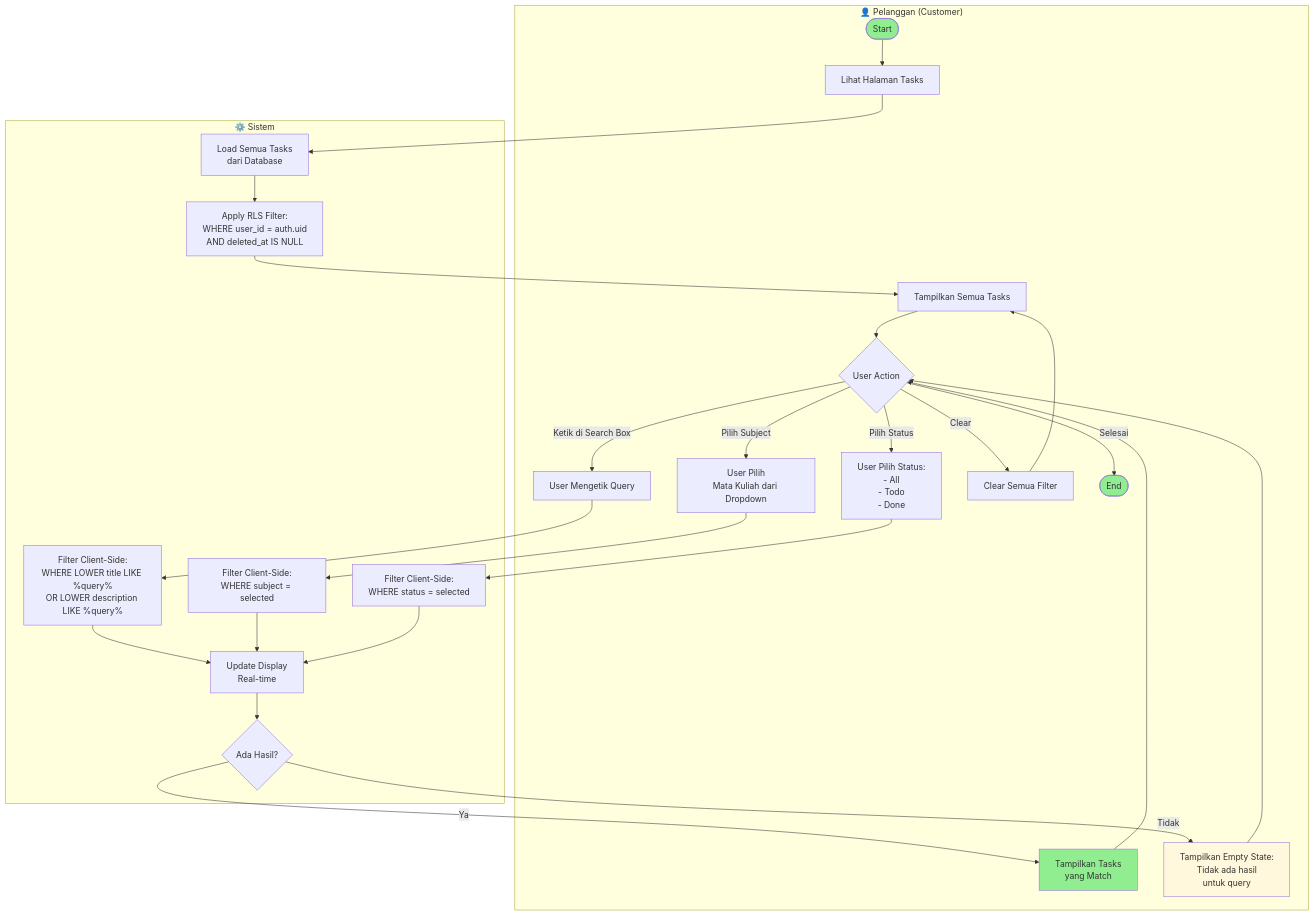
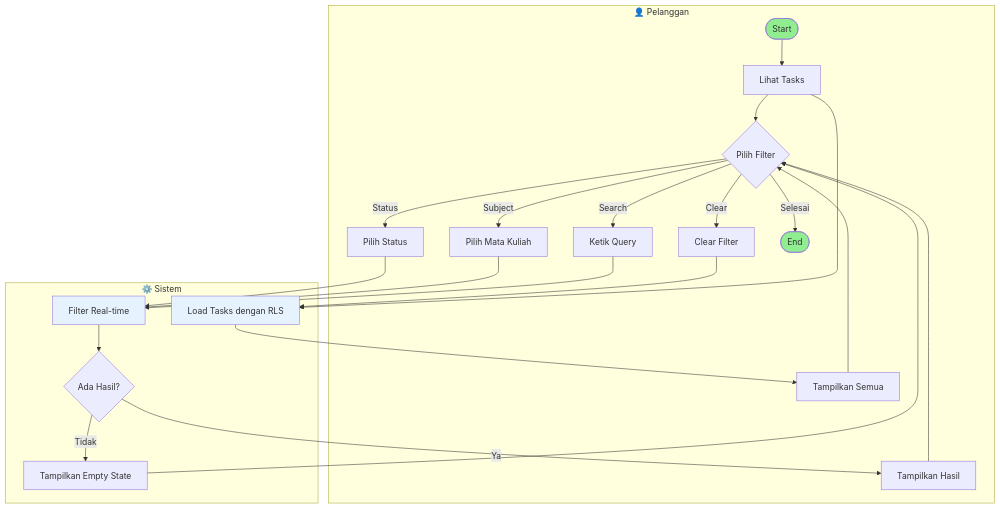
One commit to FarhanEfendi21/FlowDay changed the sixth of 11 diagrams in ACTIVITY_DIAGRAMS.md. Above: the diagram before and after it, drawn with Mermaid. The commit also changed other lines of this file, not shown here.

Commit message:
fix activity diagram

````diff
--- a/ACTIVITY_DIAGRAMS.md
+++ b/ACTIVITY_DIAGRAMS.md
@@ -354,56 +224,35 @@
 ```mermaid
 graph TD
-    subgraph User["👤 Pelanggan (Customer)"]
-        Start([Start]) --> ViewTasks[Lihat Halaman Tasks]
-        DisplayInitial[Tampilkan Semua Tasks] --> UserAction{User Action}
-        
-        %% SEARCH
-        UserAction -->|Ketik di Search Box| InputSearch[User Mengetik Query]
-        
-        %% FILTER SUBJECT
-        UserAction -->|Pilih Subject| SelectSubject[User Pilih<br/>Mata Kuliah dari Dropdown]
-        
-        %% FILTER STATUS
-        UserAction -->|Pilih Status| SelectStatus[User Pilih Status:<br/>- All<br/>- Todo<br/>- Done]
-        
-        %% CLEAR
-        UserAction -->|Clear| ClearAll[Clear Semua Filter]
-        
-        ShowResults[Tampilkan Tasks<br/>yang Match] --> UserAction
-        ShowEmpty[Tampilkan Empty State:<br/>Tidak ada hasil<br/>untuk query] --> UserAction
-        ClearAll --> DisplayInitial
-        UserAction -->|Selesai| End([End])
+    subgraph User["👤 Pelanggan"]
+        A([Start]) --> B[Lihat Tasks]
+        B --> C{Pilih Filter}
+        C -->|Search| D[Ketik Query]
+        C -->|Subject| E[Pilih Mata Kuliah]
+        C -->|Status| F[Pilih Status]
+        C -->|Clear| G[Clear Filter]
+        H[Tampilkan Hasil] --> C
+        I[Tampilkan Semua] --> C
+        C -->|Selesai| J([End])
     end
     
     subgraph System["⚙️ Sistem"]
-        LoadAll[Load Semua Tasks<br/>dari Database]
-        LoadAll --> ApplyRLS[Apply RLS Filter:<br/>WHERE user_id = auth.uid<br/>AND deleted_at IS NULL]
-        ApplyRLS --> DisplayInitial
-        
-        %% SEARCH SYSTEM
-        SearchFilter[Filter Client-Side:<br/>WHERE LOWER title LIKE %query%<br/>OR LOWER description LIKE %query%]
-        SearchFilter --> UpdateDisplay[Update Display<br/>Real-time]
-        
-        %% FILTER SUBJECT SYSTEM
-        SubjectFilter[Filter Client-Side:<br/>WHERE subject = selected]
-        SubjectFilter --> UpdateDisplay
-        
-        %% FILTER STATUS SYSTEM
-        StatusFilter[Filter Client-Side:<br/>WHERE status = selected]
-        StatusFilter --> UpdateDisplay
-        
-        UpdateDisplay --> CheckResults{Ada Hasil?}
-        CheckResults -->|Ya| ShowResults
-        CheckResults -->|Tidak| ShowEmpty
+        K[Load Tasks dengan RLS]
+        K --> I
+        L[Filter Real-time]
+        L --> M{Ada Hasil?}
+        M -->|Ya| H
+        M -->|Tidak| N[Tampilkan Empty State]
+        N --> C
     end
     
-    ViewTasks --> LoadAll
-    InputSearch --> SearchFilter
-    SelectSubject --> SubjectFilter
-    SelectStatus --> StatusFilter
+    B --> K
+    D --> L
+    E --> L
+    F --> L
+    G --> K
 
-    style Start fill:#90EE90
-    style End fill:#90EE90
-    style ShowEmpty fill:#FFF8DC
-    style ShowResults fill:#90EE90
+    style A fill:#90EE90
+    style J fill:#90EE90
+    style L fill:#E6F3FF
+    style K fill:#E6F3FF
 ```
````
